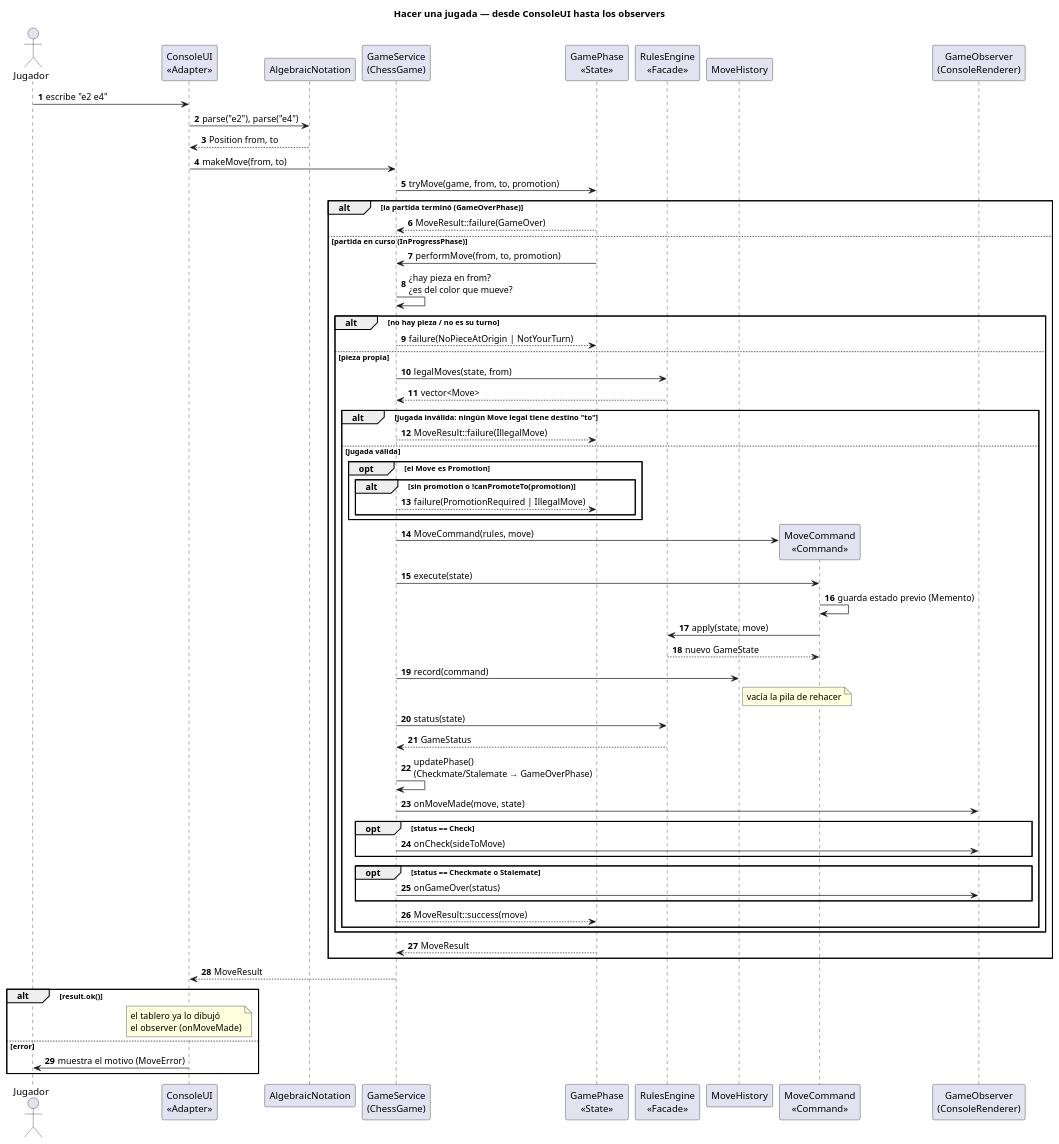
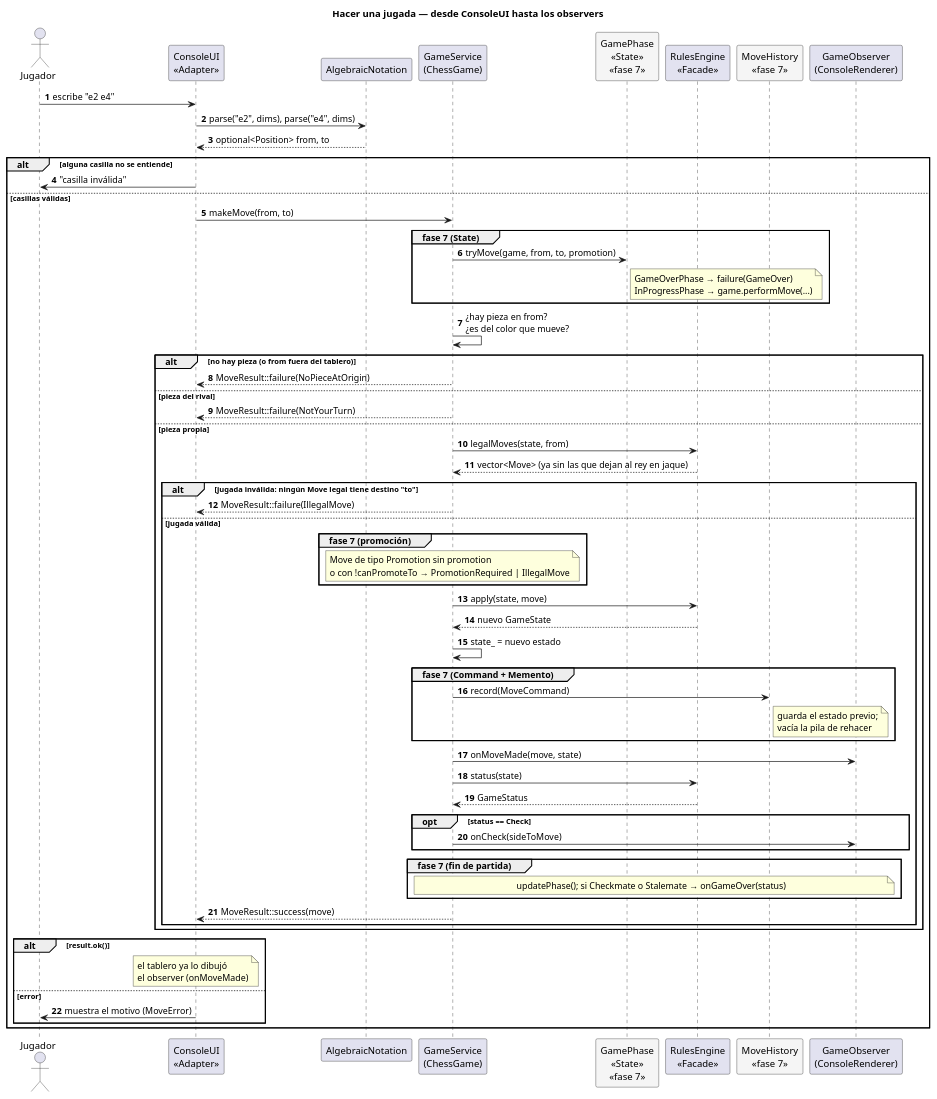
The diagram in docs/diagramas/secuencia-jugada.puml (hipolitogomezcuello/tp-chess), drawn with PlantUML before and after one commit. The commit also changed 1 other file, not shown here.

Commit message:
Actualizar el diagrama de secuencia según lo implementado en la fase 5 (misión 5.3)
secuencia-jugada muestra el flujo real de ChessGame (validación de origen y
turno, legalMoves, apply, onMoveMade y onCheck) y deja en bloques "fase 7"
la fase, el historial, la promoción y el fin de partida.

```diff
--- a/docs/diagramas/secuencia-jugada.puml
+++ b/docs/diagramas/secuencia-jugada.puml
@@ -1,72 +1,72 @@
 @startuml secuencia-jugada
-' Diagrama de secuencia: hacer una jugada (misión 1.4).
-' Muestra el diseño completo; MoveHistory y GamePhase son opcionales (fase 7).
+' Diagrama de secuencia: hacer una jugada (misión 1.4, actualizado en la 5.3).
+' Refleja lo implementado. Los bloques "fase 7" (GamePhase, MoveHistory, promoción, fin de
+' partida) son el diseño de los opcionales y todavía no existen en el código.
 title Hacer una jugada — desde ConsoleUI hasta los observers
 
 skinparam shadowing false
 autonumber
 
 actor Jugador
 participant "ConsoleUI\n<<Adapter>>" as UI
 participant "AlgebraicNotation" as AN
 participant "GameService\n(ChessGame)" as Game
-participant "GamePhase\n<<State>>" as Phase
+participant "GamePhase\n<<State>>\n«fase 7»" as Phase #F5F5F5
 participant "RulesEngine\n<<Facade>>" as Rules
-participant "MoveHistory" as History
-participant "MoveCommand\n<<Command>>" as Cmd
+participant "MoveHistory\n«fase 7»" as History #F5F5F5
 participant "GameObserver\n(ConsoleRenderer)" as Obs
 
 Jugador -> UI : escribe "e2 e4"
-UI -> AN : parse("e2"), parse("e4")
-AN --> UI : Position from, to
-UI -> Game : makeMove(from, to)
-Game -> Phase : tryMove(game, from, to, promotion)
+UI -> AN : parse("e2", dims), parse("e4", dims)
+AN --> UI : optional<Position> from, to
+alt alguna casilla no se entiende
+  UI -> Jugador : "casilla inválida"
+else casillas válidas
+  UI -> Game : makeMove(from, to)
 
-alt la partida terminó (GameOverPhase)
-  Phase --> Game : MoveResult::failure(GameOver)
-else partida en curso (InProgressPhase)
-  Phase -> Game : performMove(from, to, promotion)
+  group fase 7 (State)
+    Game -> Phase : tryMove(game, from, to, promotion)
+    note right of Phase : GameOverPhase → failure(GameOver)\nInProgressPhase → game.performMove(...)
+  end
+
   Game -> Game : ¿hay pieza en from?\n¿es del color que mueve?
-  alt no hay pieza / no es su turno
-    Game --> Phase : failure(NoPieceAtOrigin | NotYourTurn)
+  alt no hay pieza (o from fuera del tablero)
+    Game --> UI : MoveResult::failure(NoPieceAtOrigin)
+  else pieza del rival
+    Game --> UI : MoveResult::failure(NotYourTurn)
   else pieza propia
     Game -> Rules : legalMoves(state, from)
-    Rules --> Game : vector<Move>
+    Rules --> Game : vector<Move> (ya sin las que dejan al rey en jaque)
     alt **jugada inválida**: ningún Move legal tiene destino "to"
-      Game --> Phase : MoveResult::failure(IllegalMove)
+      Game --> UI : MoveResult::failure(IllegalMove)
     else **jugada válida**
-      opt el Move es Promotion
-        alt sin promotion o !canPromoteTo(promotion)
-          Game --> Phase : failure(PromotionRequired | IllegalMove)
-        end
+      group fase 7 (promoción)
+        note over Game : Move de tipo Promotion sin promotion\no con !canPromoteTo → PromotionRequired | IllegalMove
       end
-      Game -> Cmd ** : MoveCommand(rules, move)
-      Game -> Cmd : execute(state)
-      Cmd -> Cmd : guarda estado previo (Memento)
-      Cmd -> Rules : apply(state, move)
-      Rules --> Cmd : nuevo GameState
-      Game -> History : record(command)
-      note right of History : vacía la pila de rehacer
+      Game -> Rules : apply(state, move)
+      Rules --> Game : nuevo GameState
+      Game -> Game : state_ = nuevo estado
+      group fase 7 (Command + Memento)
+        Game -> History : record(MoveCommand)
+        note right of History : guarda el estado previo;\nvacía la pila de rehacer
+      end
+      Game -> Obs : onMoveMade(move, state)
       Game -> Rules : status(state)
       Rules --> Game : GameStatus
-      Game -> Game : updatePhase()\n(Checkmate/Stalemate → GameOverPhase)
-      Game -> Obs : onMoveMade(move, state)
       opt status == Check
         Game -> Obs : onCheck(sideToMove)
       end
-      opt status == Checkmate o Stalemate
-        Game -> Obs : onGameOver(status)
+      group fase 7 (fin de partida)
+        note over Game, Obs : updatePhase(); si Checkmate o Stalemate → onGameOver(status)
       end
-      Game --> Phase : MoveResult::success(move)
+      Game --> UI : MoveResult::success(move)
     end
   end
-  Phase --> Game : MoveResult
-end
 
-Game --> UI : MoveResult
-alt result.ok()
-  note over UI : el tablero ya lo dibujó\nel observer (onMoveMade)
-else error
-  UI -> Jugador : muestra el motivo (MoveError)
+  alt result.ok()
+    note over UI : el tablero ya lo dibujó\nel observer (onMoveMade)
+  else error
+    UI -> Jugador : muestra el motivo (MoveError)
+  end
 end
 @enduml
```
